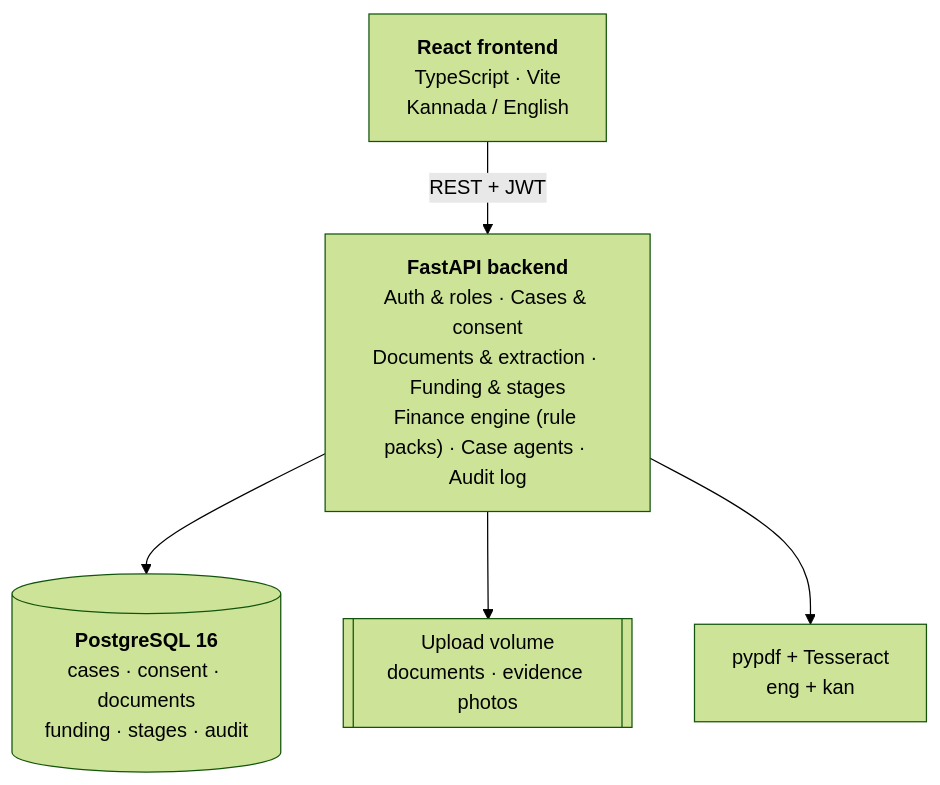
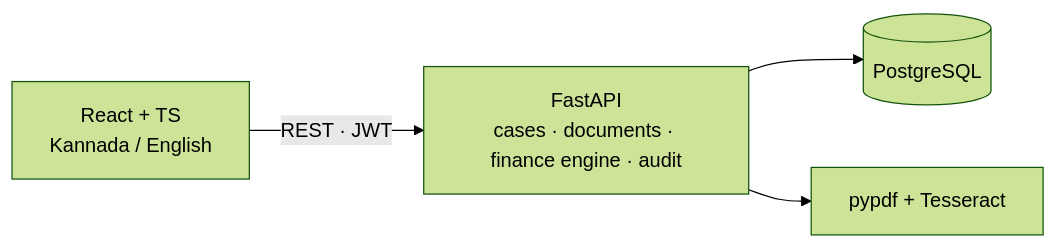
Before and after one commit to SrijaMalhar/mane-maarga: the second of 2 diagrams in README.md, drawn with Mermaid (forest theme). The commit also changed other lines of this file and 6 other files, not shown here.

First line of the commit message:
feat: new hero photograph, story demo GIF and compact architecture

````diff
--- a/README.md
+++ b/README.md
@@ -102,12 +101,6 @@
 ```mermaid
-flowchart TB
-    UI["<b>React frontend</b><br/>TypeScript · Vite<br/>Kannada / English"]
-    API["<b>FastAPI backend</b><br/>Auth & roles · Cases & consent<br/>Documents & extraction · Funding & stages<br/>Finance engine (rule packs) · Case agents · Audit log"]
-    DB[("<b>PostgreSQL 16</b><br/>cases · consent · documents<br/>funding · stages · audit")]
-    FS[["Upload volume<br/>documents · evidence photos"]]
-    OCR["pypdf + Tesseract<br/>eng + kan"]
-    UI -- "REST + JWT" --> API
-    API --> DB
-    API --> FS
-    API --> OCR
+flowchart LR
+    UI["React + TS<br/>Kannada / English"] -- "REST · JWT" --> API["FastAPI<br/>cases · documents · finance engine · audit"]
+    API --> DB[("PostgreSQL")]
+    API --> OCR["pypdf + Tesseract"]
 ```
````
